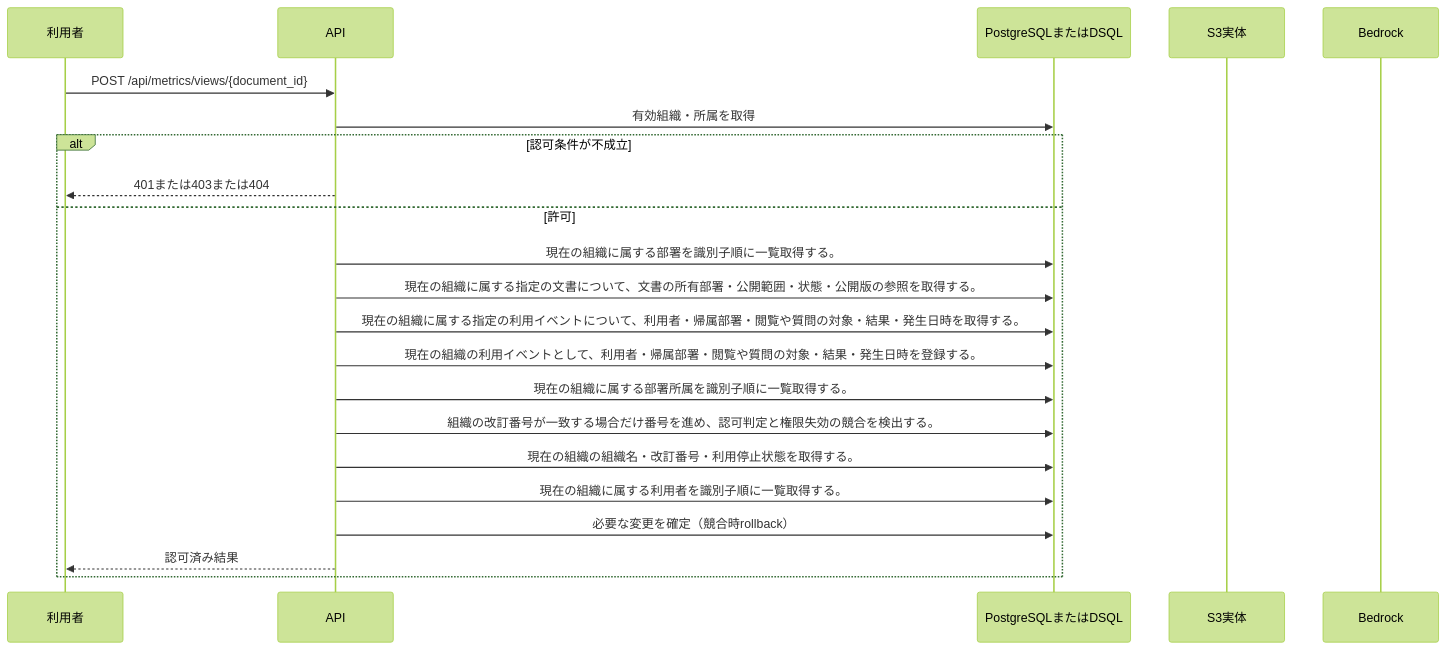
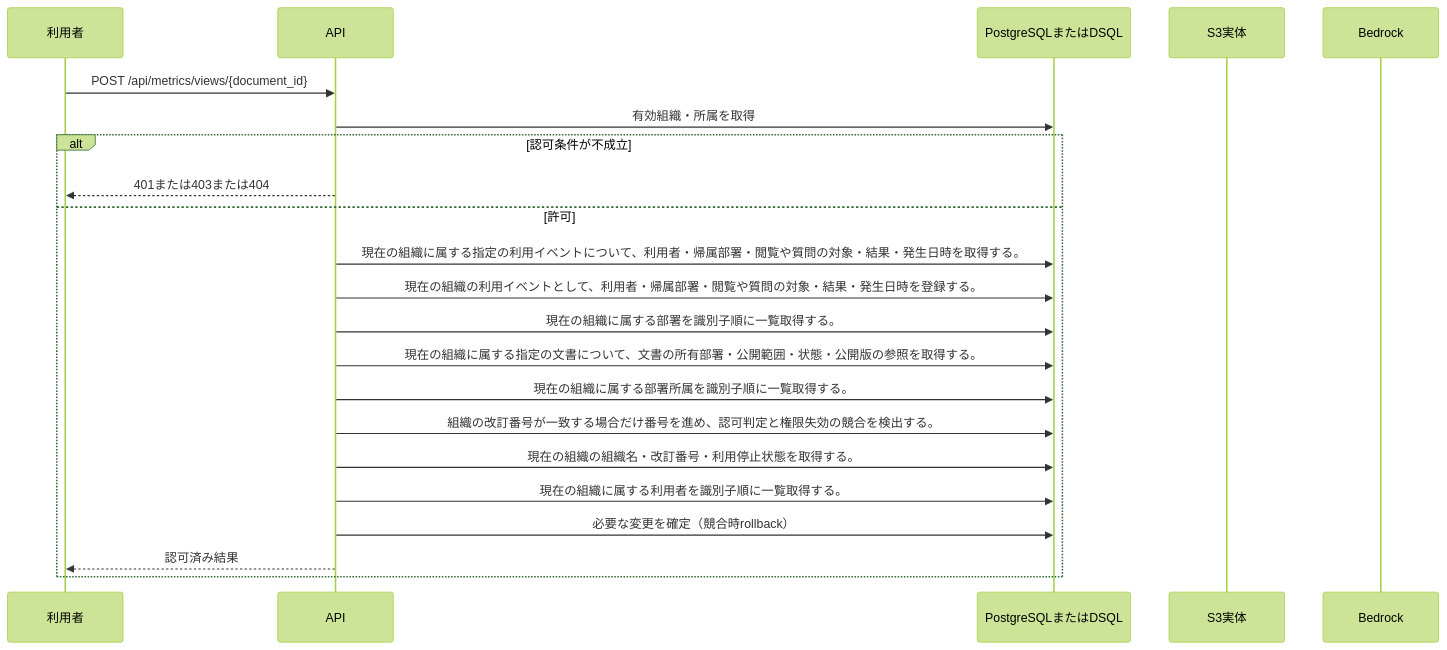
One commit to tsuji-tomonori/KotoRelay changed the diagram in docs/design/generated/api/metrics/record_view/sequence.md. Above: the diagram before and after it, drawn with Mermaid (forest theme). The commit also changed other lines of this file and 628 other files, not shown here.

````diff
--- a/docs/design/generated/api/metrics/record_view/sequence.md
+++ b/docs/design/generated/api/metrics/record_view/sequence.md
@@ -7,24 +7,24 @@
 ```mermaid
 sequenceDiagram
     participant U as 利用者
     participant A as API
     participant D as PostgreSQLまたはDSQL
     participant S as S3実体
     participant M as Bedrock
     U->>A: POST /api/metrics/views/{document_id}
     A->>D: 有効組織・所属を取得
     alt 認可条件が不成立
         A-->>U: 401または403または404
     else 許可
+        A->>D: 現在の組織に属する指定の利用イベントについて、利用者・帰属部署・閲覧や質問の対象・結果・発生日時を取得する。
+        A->>D: 現在の組織の利用イベントとして、利用者・帰属部署・閲覧や質問の対象・結果・発生日時を登録する。
         A->>D: 現在の組織に属する部署を識別子順に一覧取得する。
         A->>D: 現在の組織に属する指定の文書について、文書の所有部署・公開範囲・状態・公開版の参照を取得する。
-        A->>D: 現在の組織に属する指定の利用イベントについて、利用者・帰属部署・閲覧や質問の対象・結果・発生日時を取得する。
-        A->>D: 現在の組織の利用イベントとして、利用者・帰属部署・閲覧や質問の対象・結果・発生日時を登録する。
         A->>D: 現在の組織に属する部署所属を識別子順に一覧取得する。
         A->>D: 組織の改訂番号が一致する場合だけ番号を進め、認可判定と権限失効の競合を検出する。
         A->>D: 現在の組織の組織名・改訂番号・利用停止状態を取得する。
         A->>D: 現在の組織に属する利用者を識別子順に一覧取得する。
         A->>D: 必要な変更を確定（競合時rollback）
         A-->>U: 認可済み結果
     end
 ```
````
